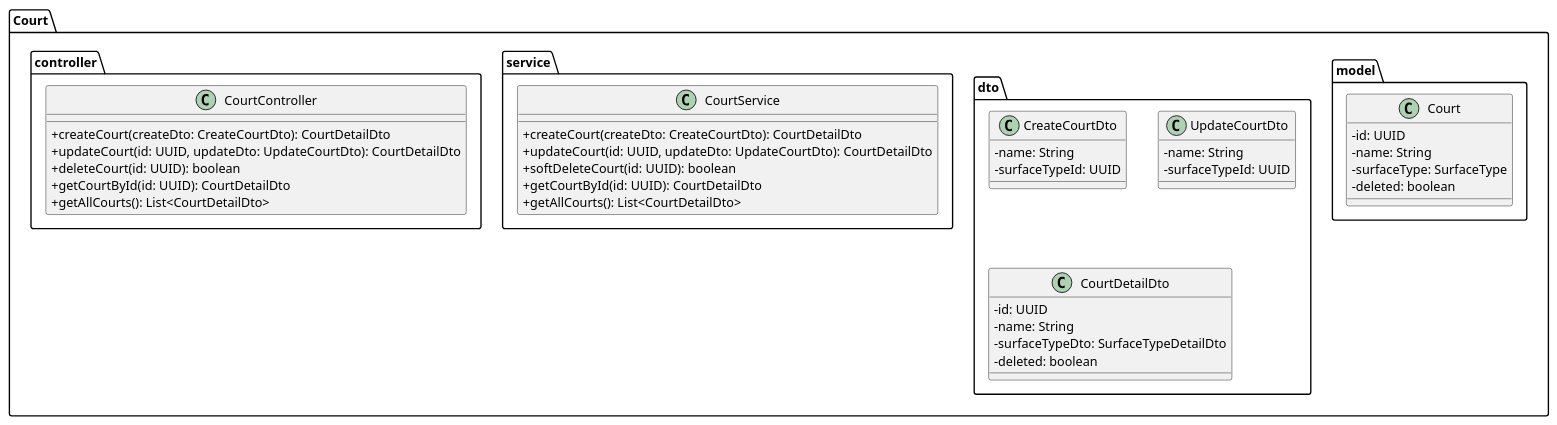
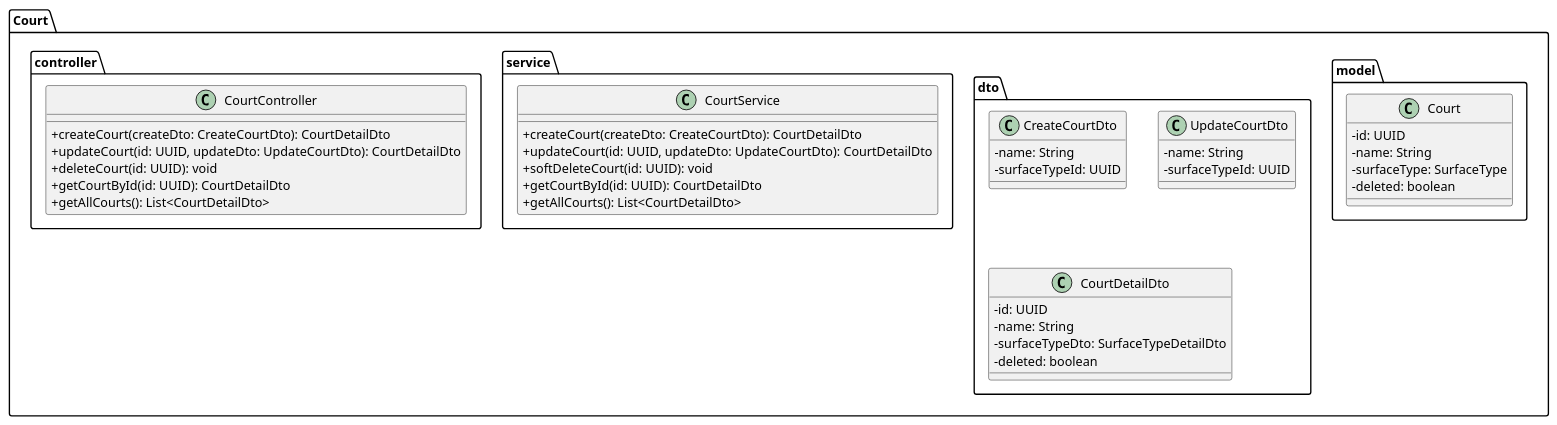
The diagram in docs/diagram/class-court.puml (tondracek/inqool-tennis), drawn with PlantUML before and after one commit. The commit also changed 4 other files, not shown here.

Commit message:
feat(UML): update delete methods to use soft delete in service

```diff
--- a/docs/diagram/class-court.puml
+++ b/docs/diagram/class-court.puml
@@ -1,56 +1,56 @@
 @startuml
 
 skinparam classAttributeIconSize 0
 
 package "Court" {
 
 	package "model" {
 	  class Court {
 	    - id: UUID
 	    - name: String
 	    - surfaceType: SurfaceType
 	    - deleted: boolean
 	  }
 	}
 
 	package "dto" {
 		class CreateCourtDto {
 			- name: String
 			- surfaceTypeId: UUID
 		}
 
 		class UpdateCourtDto {
 			- name: String
 			- surfaceTypeId: UUID
 		}
 
 		class CourtDetailDto {
 			- id: UUID
 			- name: String
 			- surfaceTypeDto: SurfaceTypeDetailDto
 			- deleted: boolean
 		}
 	}
 
 	package "service" {
 		class CourtService {
 			+ createCourt(createDto: CreateCourtDto): CourtDetailDto
 			+ updateCourt(id: UUID, updateDto: UpdateCourtDto): CourtDetailDto
-			+ softDeleteCourt(id: UUID): boolean
+			+ softDeleteCourt(id: UUID): void
 			+ getCourtById(id: UUID): CourtDetailDto
 			+ getAllCourts(): List<CourtDetailDto>
 		}
 	}
 
 	package "controller" {
 		class CourtController {
 			+ createCourt(createDto: CreateCourtDto): CourtDetailDto
 			+ updateCourt(id: UUID, updateDto: UpdateCourtDto): CourtDetailDto
-			+ deleteCourt(id: UUID): boolean
+			+ deleteCourt(id: UUID): void
 			+ getCourtById(id: UUID): CourtDetailDto
 			+ getAllCourts(): List<CourtDetailDto>
 		}
 	}
 }
 
 @enduml
```
